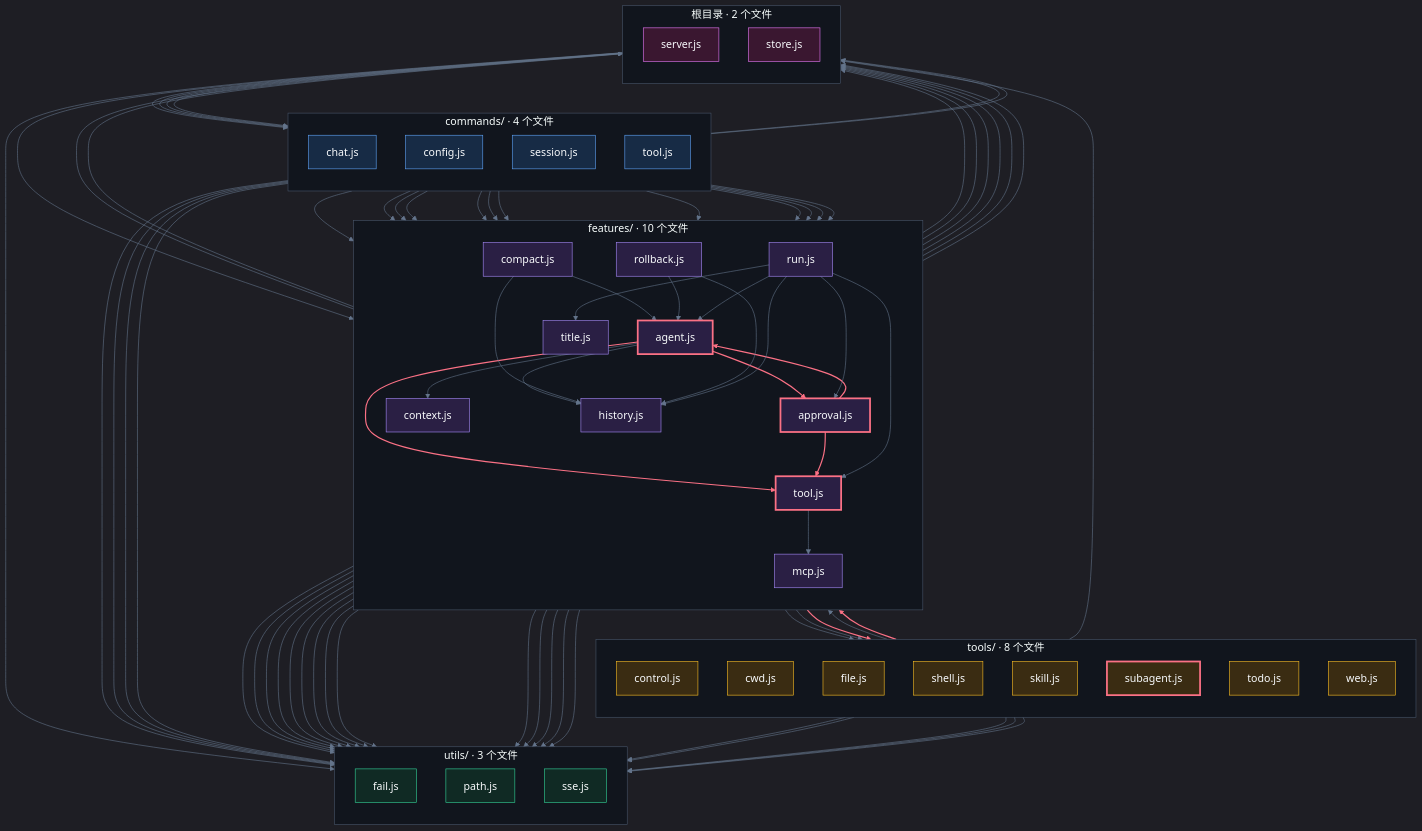
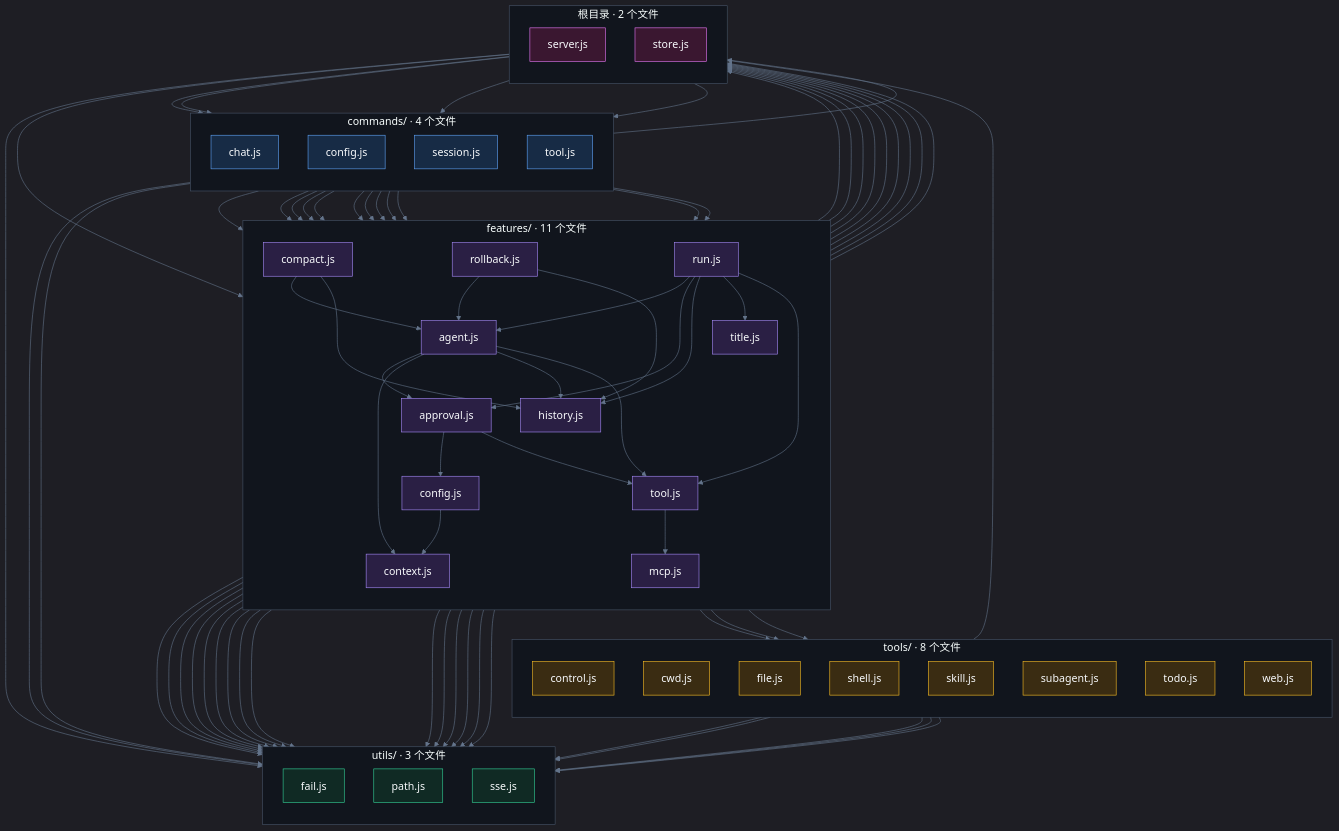
One commit to kernel4632/agent changed the diagram in docs/server-dependencies.mmd. Above: the diagram before and after it, drawn with Mermaid. The commit also changed 7 other files, not shown here.

Commit message:
docs: 更新重构后的依赖图和记录

```diff
--- a/docs/server-dependencies.mmd
+++ b/docs/server-dependencies.mmd
@@ -1,132 +1,126 @@
 %%{init: {'theme':'dark','themeVariables':{'fontFamily':'ui-monospace, monospace','fontSize':'18px','primaryColor':'#18202b','primaryTextColor':'#f8fafc','lineColor':'#64748b','clusterBkg':'#11151d','clusterBorder':'#475569','edgeLabelBackground':'#0d0f16'}}}%%
 flowchart TB
   subgraph commands["commands/ · 4 个文件"]
     direction TB
     commands_chat_js["chat.js"]
     commands_config_js["config.js"]
     commands_session_js["session.js"]
     commands_tool_js["tool.js"]
   end
-  subgraph features["features/ · 10 个文件"]
+  subgraph features["features/ · 11 个文件"]
     direction TB
     features_agent_js["agent.js"]
     features_approval_js["approval.js"]
     features_compact_js["compact.js"]
+    features_config_js["config.js"]
     features_context_js["context.js"]
     features_history_js["history.js"]
     features_mcp_js["mcp.js"]
     features_rollback_js["rollback.js"]
     features_run_js["run.js"]
     features_title_js["title.js"]
     features_tool_js["tool.js"]
   end
   subgraph tools["tools/ · 8 个文件"]
     direction TB
     tools_control_js["control.js"]
     tools_cwd_js["cwd.js"]
     tools_file_js["file.js"]
     tools_shell_js["shell.js"]
     tools_skill_js["skill.js"]
     tools_subagent_js["subagent.js"]
     tools_todo_js["todo.js"]
     tools_web_js["web.js"]
   end
   subgraph utils["utils/ · 3 个文件"]
     direction TB
     utils_fail_js["fail.js"]
     utils_path_js["path.js"]
     utils_sse_js["sse.js"]
   end
   subgraph _root_["根目录 · 2 个文件"]
     direction TB
     server_js["server.js"]
     store_js["store.js"]
   end
   server_js --> commands_chat_js
   server_js --> commands_config_js
   server_js --> commands_session_js
   server_js --> commands_tool_js
   server_js --> features_history_js
   server_js --> utils_sse_js
   commands_chat_js --> features_approval_js
   commands_chat_js --> features_run_js
   commands_config_js --> features_agent_js
-  commands_config_js --> features_context_js
-  commands_config_js --> store_js
-  commands_config_js --> utils_fail_js
-  commands_config_js --> utils_path_js
+  commands_config_js --> features_config_js
   commands_session_js --> features_agent_js
   commands_session_js --> features_approval_js
   commands_session_js --> features_compact_js
   commands_session_js --> features_history_js
   commands_session_js --> features_rollback_js
   commands_session_js --> features_title_js
   commands_session_js --> features_tool_js
   commands_session_js --> store_js
   commands_session_js --> utils_fail_js
   commands_session_js --> utils_sse_js
   commands_tool_js --> features_tool_js
   features_agent_js --> features_approval_js
   features_agent_js --> features_context_js
   features_agent_js --> features_history_js
   features_agent_js --> features_tool_js
   features_agent_js --> store_js
   features_agent_js --> utils_fail_js
-  features_agent_js --> utils_path_js
-  features_approval_js --> features_agent_js
+  features_approval_js --> features_config_js
   features_approval_js --> features_tool_js
   features_approval_js --> store_js
   features_approval_js --> utils_fail_js
   features_approval_js --> utils_sse_js
   features_compact_js --> features_agent_js
   features_compact_js --> features_history_js
   features_compact_js --> store_js
   features_compact_js --> utils_fail_js
   features_compact_js --> utils_sse_js
+  features_config_js --> features_context_js
+  features_config_js --> store_js
+  features_config_js --> utils_fail_js
+  features_config_js --> utils_path_js
   features_context_js --> store_js
   features_history_js --> store_js
   features_history_js --> utils_fail_js
   features_history_js --> utils_path_js
   features_history_js --> utils_sse_js
   features_mcp_js --> store_js
   features_mcp_js --> utils_sse_js
   features_rollback_js --> features_agent_js
   features_rollback_js --> features_history_js
   features_rollback_js --> utils_fail_js
   features_run_js --> features_agent_js
   features_run_js --> features_approval_js
   features_run_js --> features_history_js
   features_run_js --> features_title_js
   features_run_js --> features_tool_js
   features_run_js --> store_js
   features_run_js --> utils_fail_js
   features_run_js --> utils_sse_js
   features_tool_js --> features_mcp_js
   features_tool_js --> store_js
   features_tool_js --> tools_file_js
   features_tool_js --> tools_skill_js
   features_tool_js --> tools_subagent_js
   features_tool_js --> utils_path_js
-  tools_cwd_js --> features_history_js
   tools_cwd_js --> store_js
   tools_file_js --> utils_fail_js
   tools_file_js --> utils_path_js
   tools_skill_js --> utils_fail_js
   tools_skill_js --> utils_path_js
-  tools_subagent_js --> features_approval_js
   tools_subagent_js --> utils_sse_js
   classDef dir_commands fill:#172b45,stroke:#60a5fa,color:#f8fafc
   class commands_chat_js,commands_config_js,commands_session_js,commands_tool_js dir_commands
   classDef dir_features fill:#2a1f44,stroke:#a78bfa,color:#f8fafc
-  class features_agent_js,features_approval_js,features_compact_js,features_context_js,features_history_js,features_mcp_js,features_rollback_js,features_run_js,features_title_js,features_tool_js dir_features
+  class features_agent_js,features_approval_js,features_compact_js,features_config_js,features_context_js,features_history_js,features_mcp_js,features_rollback_js,features_run_js,features_title_js,features_tool_js dir_features
   classDef dir_tools fill:#3a2c12,stroke:#fbbf24,color:#f8fafc
   class tools_control_js,tools_cwd_js,tools_file_js,tools_shell_js,tools_skill_js,tools_subagent_js,tools_todo_js,tools_web_js dir_tools
   classDef dir_utils fill:#102a24,stroke:#34d399,color:#f8fafc
   class utils_fail_js,utils_path_js,utils_sse_js dir_utils
   classDef dir__root_ fill:#3a1730,stroke:#e879f9,color:#f8fafc
   class server_js,store_js dir__root_
-  style features_agent_js stroke:#fb7185,stroke-width:3px
-  style tools_subagent_js stroke:#fb7185,stroke-width:3px
-  style features_tool_js stroke:#fb7185,stroke-width:3px
-  style features_approval_js stroke:#fb7185,stroke-width:3px
-  linkStyle 24,27,31,32,63,71 stroke:#fb7185,stroke-width:2px
```
